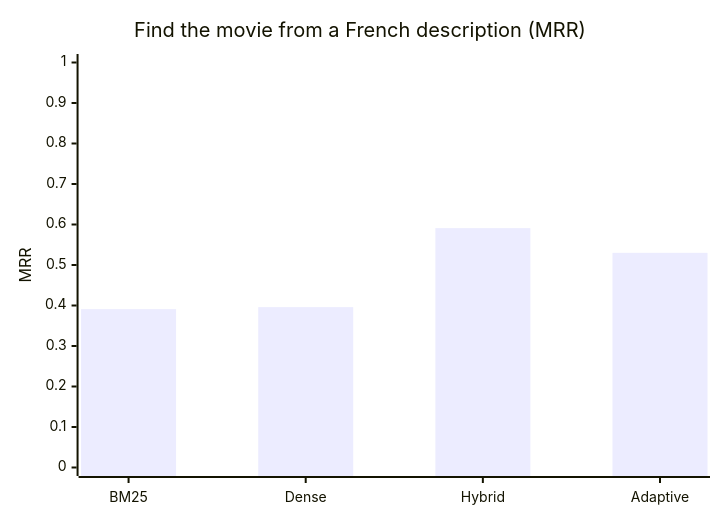
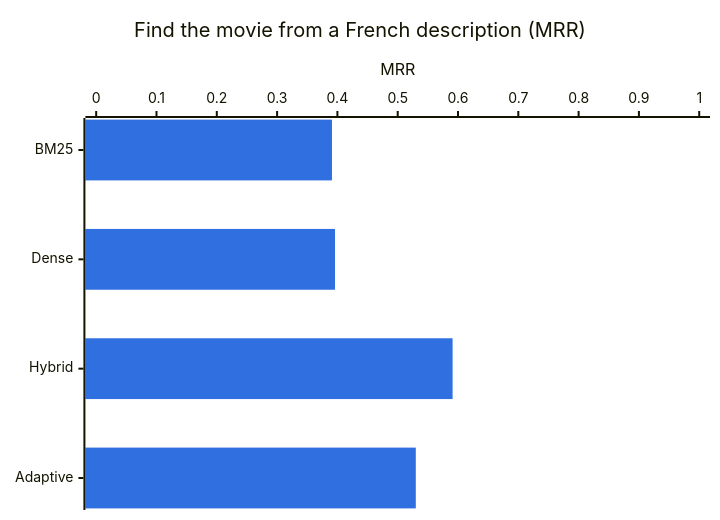
One commit to Inesaini/movie-rag changed the second of 3 diagrams in README.md. Above: the diagram before and after it, drawn with Mermaid. The commit also changed other lines of this file, not shown here.

Commit message:
README: horizontal, colored bar charts for readability

````diff
--- a/README.md
+++ b/README.md
@@ -60,7 +60,8 @@
 ```mermaid
-xychart-beta
+%%{init: {"themeVariables": {"xyChart": {"plotColorPalette": "#2f6fdf"}}}}%%
+xychart-beta horizontal
     title "Find the movie from a French description (MRR)"
     x-axis ["BM25", "Dense", "Hybrid", "Adaptive"]
     y-axis "MRR" 0 --> 1
     bar [0.391, 0.396, 0.591, 0.530]
 ```
````
